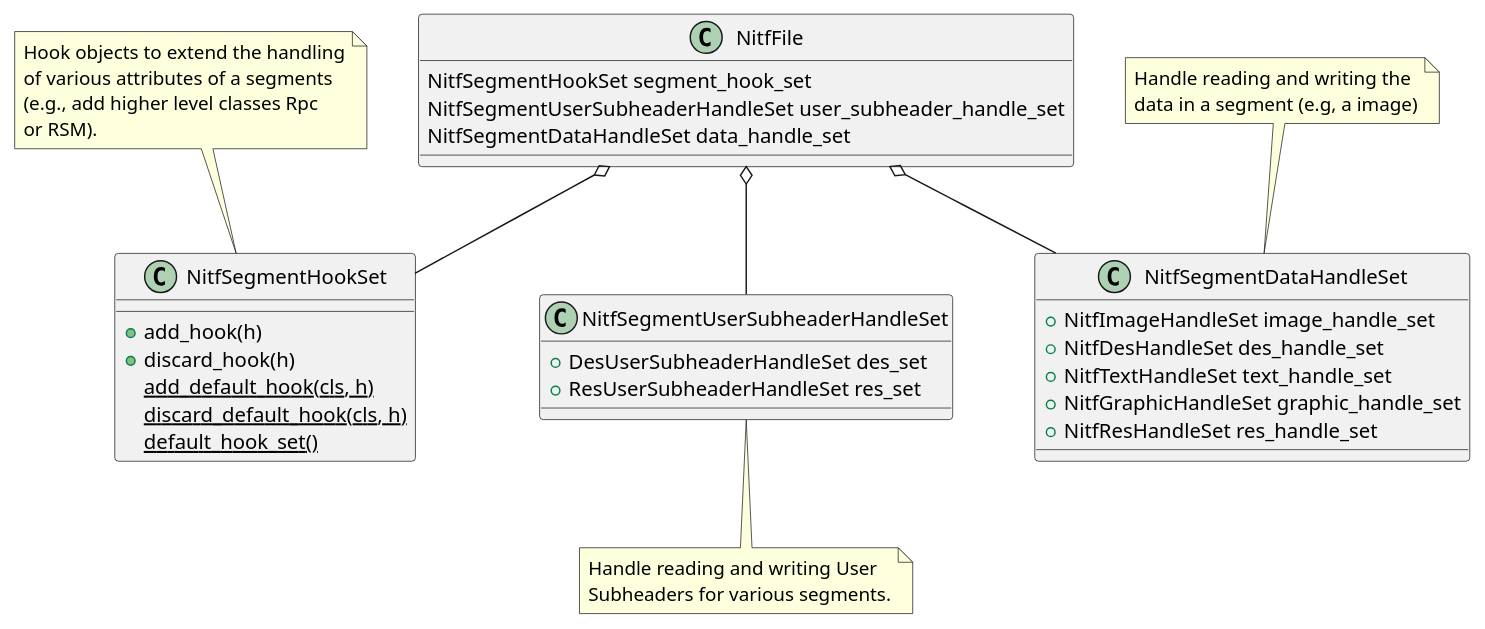
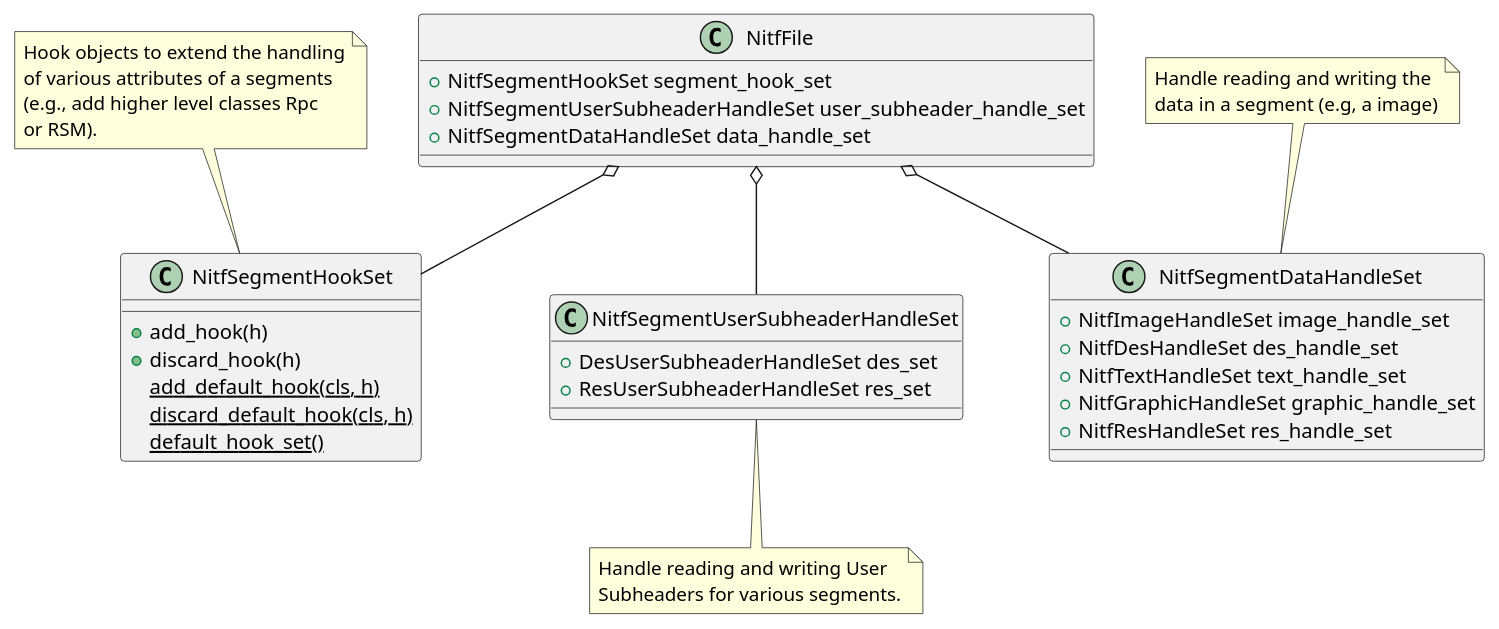
Before and after one commit to Cartography-jpl/pynitf: the second of 6 diagrams in doc/nitf_file.rst, drawn with PlantUML. The commit also changed other lines of this file, not shown here.

```diff
--- a/doc/nitf_file.rst
+++ b/doc/nitf_file.rst
@@ -105,47 +105,47 @@
 .. uml::
    :caption: NitfFile class Handles and Hooks
 
    class NitfFile {
-      NitfSegmentHookSet segment_hook_set
-      NitfSegmentUserSubheaderHandleSet user_subheader_handle_set
-      NitfSegmentDataHandleSet data_handle_set
+      +NitfSegmentHookSet segment_hook_set
+      +NitfSegmentUserSubheaderHandleSet user_subheader_handle_set
+      +NitfSegmentDataHandleSet data_handle_set
    }
 
    class NitfSegmentHookSet {
       +add_hook(h)
       +discard_hook(h)
       {static} add_default_hook(cls, h)
       {static} discard_default_hook(cls, h)
       {static} default_hook_set()
       }
    note top
      Hook objects to extend the handling
      of various attributes of a segments
      (e.g., add higher level classes Rpc
      or RSM).
    end note
 
    class NitfSegmentUserSubheaderHandleSet {
       +DesUserSubheaderHandleSet des_set
       +ResUserSubheaderHandleSet res_set
    }
    note bottom
       Handle reading and writing User 
       Subheaders for various segments.
    end note
 
    class NitfSegmentDataHandleSet {
      +NitfImageHandleSet image_handle_set
      +NitfDesHandleSet des_handle_set
      +NitfTextHandleSet text_handle_set
      +NitfGraphicHandleSet graphic_handle_set
      +NitfResHandleSet res_handle_set
    }
    note top
       Handle reading and writing the
       data in a segment (e.g, a image)
    end note
 
    NitfFile o--  NitfSegmentHookSet
    NitfFile o--  NitfSegmentUserSubheaderHandleSet
    NitfFile o--  NitfSegmentDataHandleSet
```
